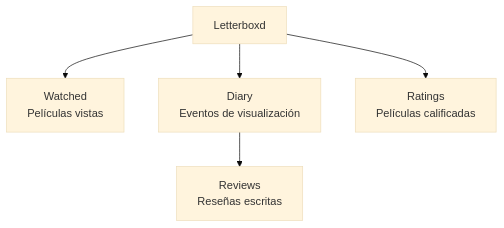
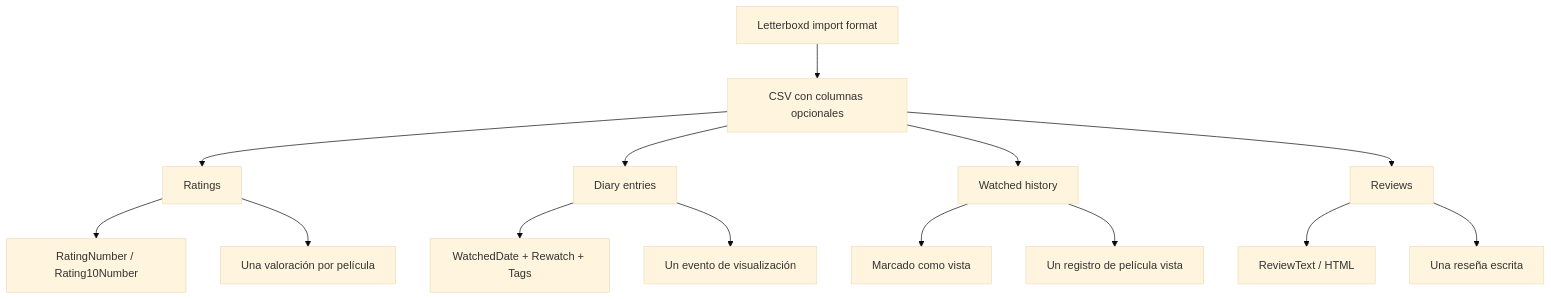
Before and after one commit to albanibarragan/letterboxd-data-analysis: the diagram in docs/estructura.md, drawn with Mermaid (base theme). The commit also changed other lines of this file, not shown here.

````diff
--- a/docs/estructura.md
+++ b/docs/estructura.md
@@ -238,10 +253,18 @@
 ```mermaid
 flowchart TD
-    A[Letterboxd]
+    A[Letterboxd import format] --> B[CSV con columnas opcionales]
+    B --> C[Ratings]
+    B --> D[Diary entries]
+    B --> E[Watched history]
+    B --> F[Reviews]
 
-    A --> B[Watched<br/>Películas vistas]
-    A --> C[Diary<br/>Eventos de visualización]
-    A --> D[Ratings<br/>Películas calificadas]
+    C --> G[RatingNumber / Rating10Number]
+    D --> H[WatchedDate + Rewatch + Tags]
+    E --> I[Marcado como vista]
+    F --> J[ReviewText / HTML]
 
-    C --> E[Reviews<br/>Reseñas escritas]
+    C --> K[Una valoración por película]
+    D --> L[Un evento de visualización]
+    E --> M[Un registro de película vista]
+    F --> N[Una reseña escrita]
 ```
````
